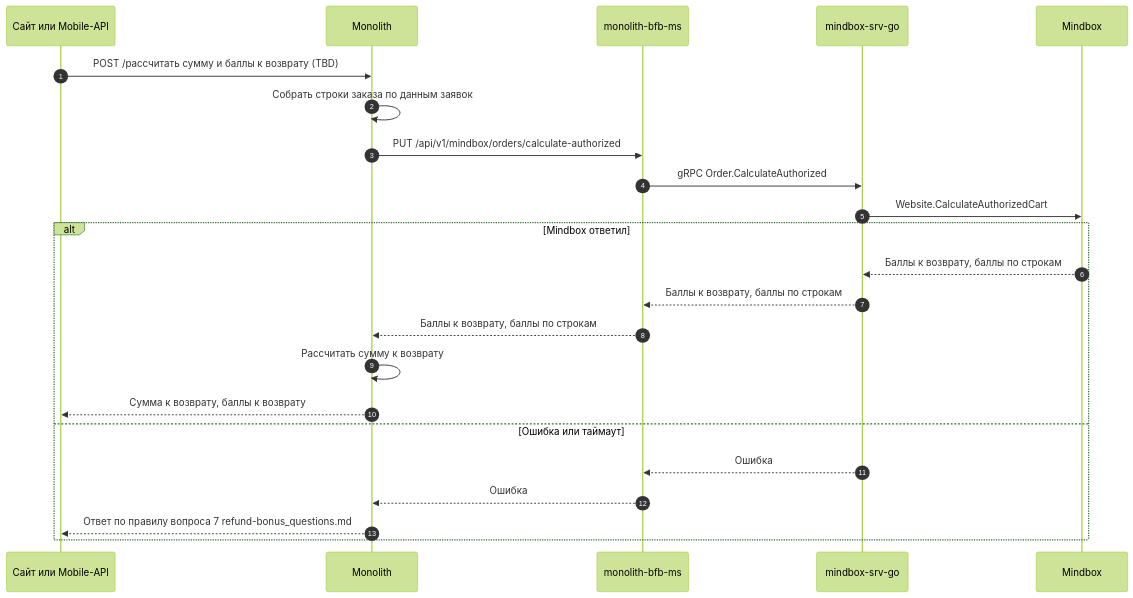
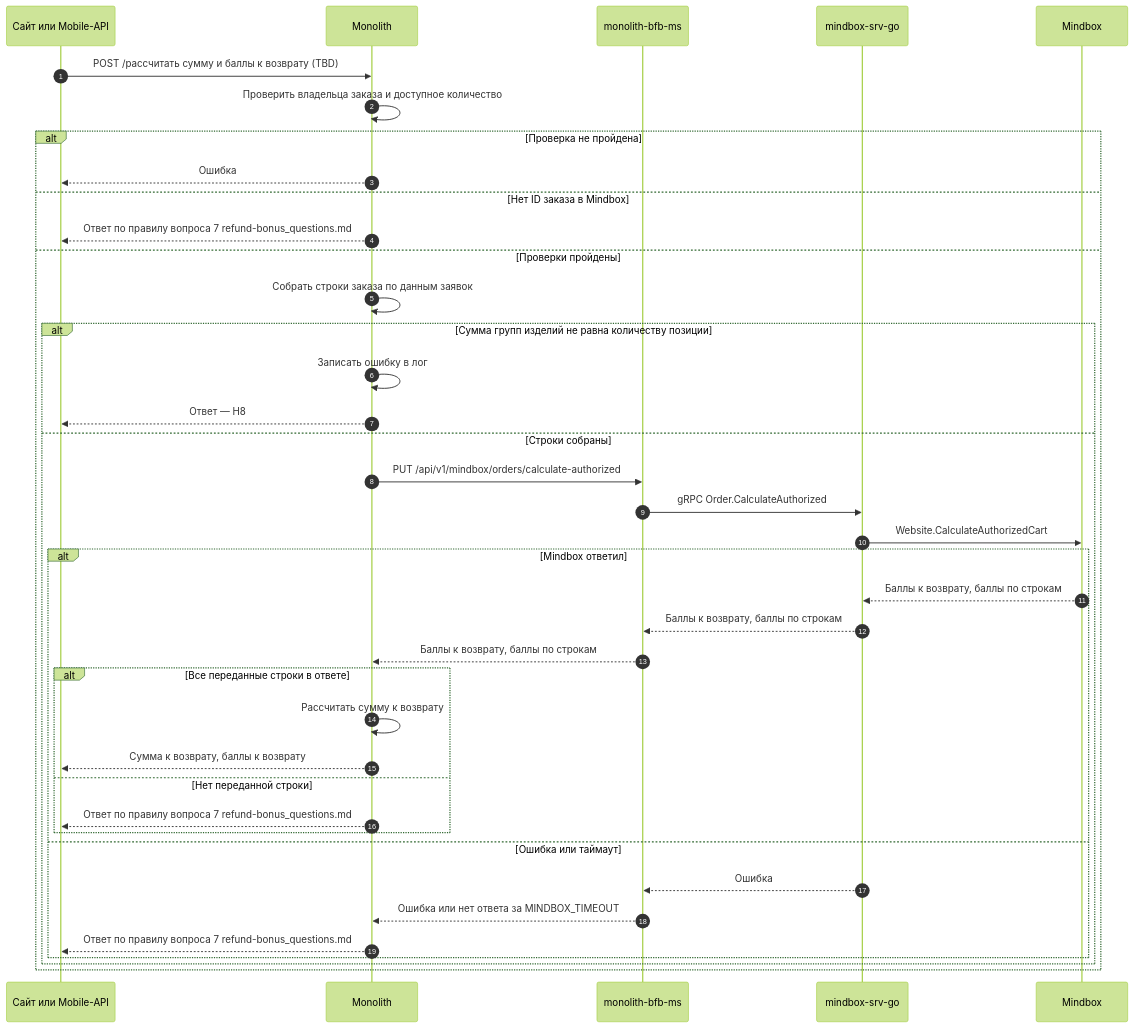
One commit to Terinss155/opencode-agents-analysis changed the first of 2 diagrams in projects/returns-2.0/requirements/backend/mindbox-return-bonus_backend.md. Above: the diagram before and after it, drawn with Mermaid (forest theme). The commit also changed other lines of this file and 4 other files, not shown here.

Commit message:
Возвраты 2.0: итоговая версия BL-RET-BONUS (группы изделий, вопросы Н1–Н9), черновик удалён, ссылки в ERD заявки, handoff

````diff
--- a/projects/returns-2.0/requirements/backend/mindbox-return-bonus_backend.md
+++ b/projects/returns-2.0/requirements/backend/mindbox-return-bonus_backend.md
@@ -244,26 +618,42 @@
 ```mermaid
 sequenceDiagram
     autonumber
     participant CL as Сайт или Mobile-API
     participant MON as Monolith
     participant BFB as monolith-bfb-ms
     participant MSG as mindbox-srv-go
     participant MB as Mindbox
 
     CL->>MON: POST /рассчитать сумму и баллы к возврату (TBD)
-    MON->>MON: Собрать строки заказа по данным заявок
-    MON->>BFB: PUT /api/v1/mindbox/orders/calculate-authorized
-    BFB->>MSG: gRPC Order.CalculateAuthorized
-    MSG->>MB: Website.CalculateAuthorizedCart
-    alt Mindbox ответил
-        MB-->>MSG: Баллы к возврату, баллы по строкам
-        MSG-->>BFB: Баллы к возврату, баллы по строкам
-        BFB-->>MON: Баллы к возврату, баллы по строкам
-        MON->>MON: Рассчитать сумму к возврату
-        MON-->>CL: Сумма к возврату, баллы к возврату
-    else Ошибка или таймаут
-        MSG-->>BFB: Ошибка
-        BFB-->>MON: Ошибка
+    MON->>MON: Проверить владельца заказа и доступное количество
+    alt Проверка не пройдена
+        MON-->>CL: Ошибка
+    else Нет ID заказа в Mindbox
         MON-->>CL: Ответ по правилу вопроса 7 refund-bonus_questions.md
+    else Проверки пройдены
+        MON->>MON: Собрать строки заказа по данным заявок
+        alt Сумма групп изделий не равна количеству позиции
+            MON->>MON: Записать ошибку в лог
+            MON-->>CL: Ответ — Н8
+        else Строки собраны
+            MON->>BFB: PUT /api/v1/mindbox/orders/calculate-authorized
+            BFB->>MSG: gRPC Order.CalculateAuthorized
+            MSG->>MB: Website.CalculateAuthorizedCart
+            alt Mindbox ответил
+                MB-->>MSG: Баллы к возврату, баллы по строкам
+                MSG-->>BFB: Баллы к возврату, баллы по строкам
+                BFB-->>MON: Баллы к возврату, баллы по строкам
+                alt Все переданные строки в ответе
+                    MON->>MON: Рассчитать сумму к возврату
+                    MON-->>CL: Сумма к возврату, баллы к возврату
+                else Нет переданной строки
+                    MON-->>CL: Ответ по правилу вопроса 7 refund-bonus_questions.md
+                end
+            else Ошибка или таймаут
+                MSG-->>BFB: Ошибка
+                BFB-->>MON: Ошибка или нет ответа за MINDBOX_TIMEOUT
+                MON-->>CL: Ответ по правилу вопроса 7 refund-bonus_questions.md
+            end
+        end
     end
 ```
````
